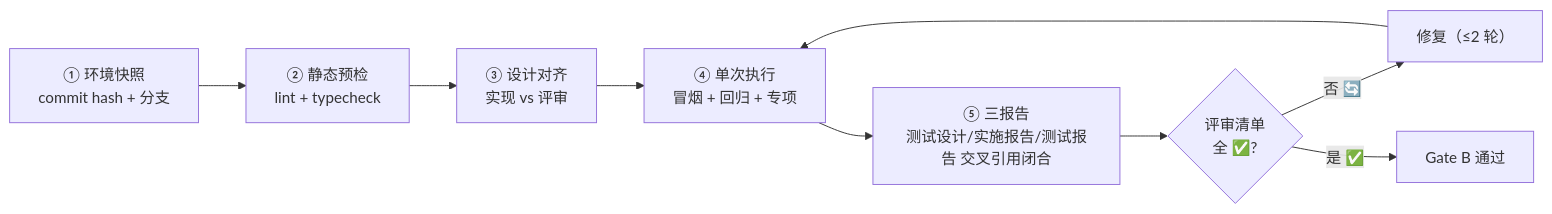
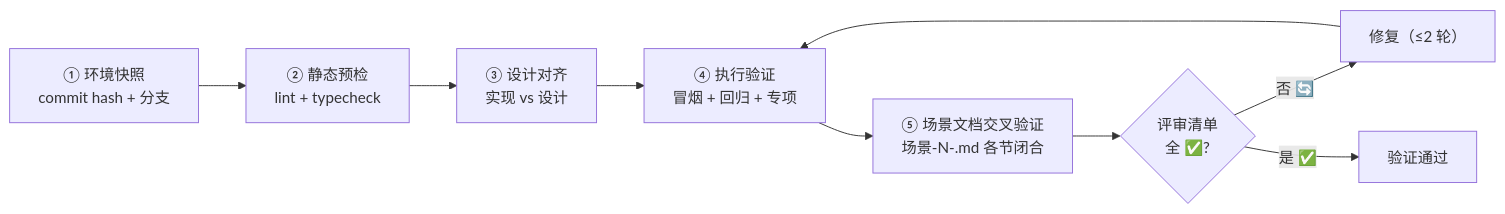
The sixth of 14 diagrams in rules/code-pipeline.md (effiy/YrY), drawn with Mermaid before and after one commit. The commit also changed other lines of this file and 37 other files, not shown here.

````diff
--- a/rules/code-pipeline.md
+++ b/rules/code-pipeline.md
@@ -158,12 +136,12 @@
 ```mermaid
 flowchart LR
     S1["① 环境快照<br/>commit hash + 分支"]:::step --> S2["② 静态预检<br/>lint + typecheck"]:::step
-    S2 --> S3["③ 设计对齐<br/>实现 vs 评审"]:::step
-    S3 --> S4["④ 单次执行<br/>冒烟 + 回归 + 专项"]:::step
-    S4 --> S5["⑤ 三报告<br/>测试设计/实施报告/测试报告 交叉引用闭合"]:::step
+    S2 --> S3["③ 设计对齐<br/>实现 vs 设计"]:::step
+    S3 --> S4["④ 执行验证<br/>冒烟 + 回归 + 专项"]:::step
+    S4 --> S5["⑤ 场景文档交叉验证<br/>场景-N-<slug>.md 各节闭合"]:::step
     S5 --> CHK{"评审清单<br/>全 ✅?"}
     CHK -->|"否 🔄"| FIX["修复（≤2 轮）"]:::fix
     FIX --> S4
-    CHK -->|"是 ✅"| PASS["Gate B 通过"]:::pass
+    CHK -->|"是 ✅"| PASS["验证通过"]:::pass
 
 ```
````
